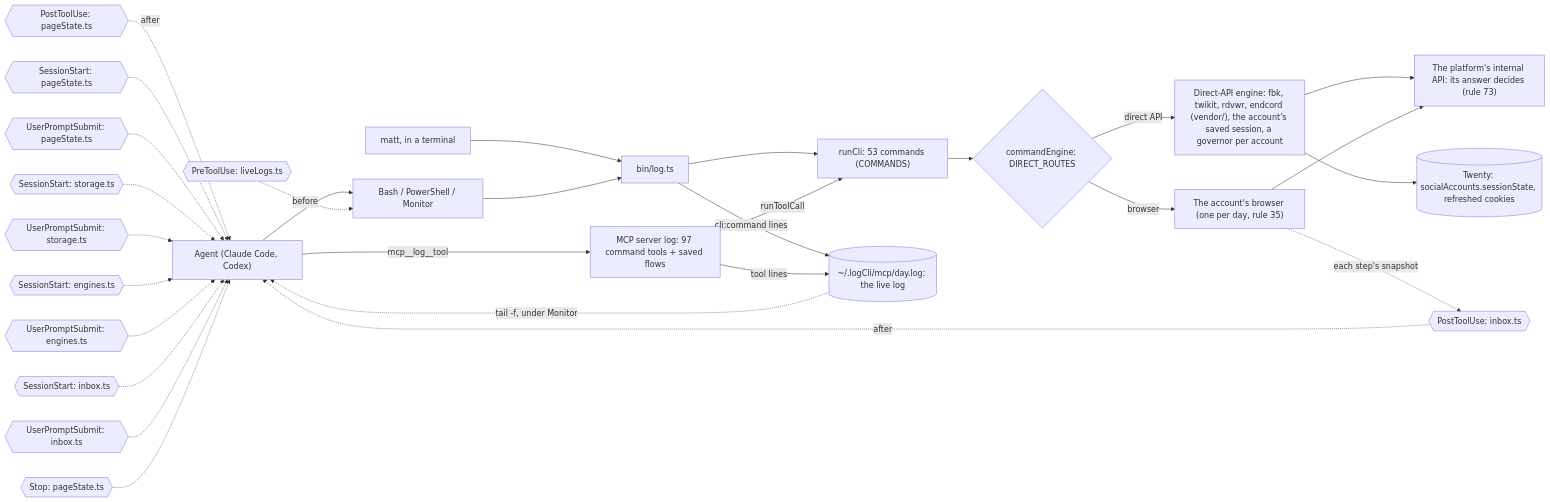
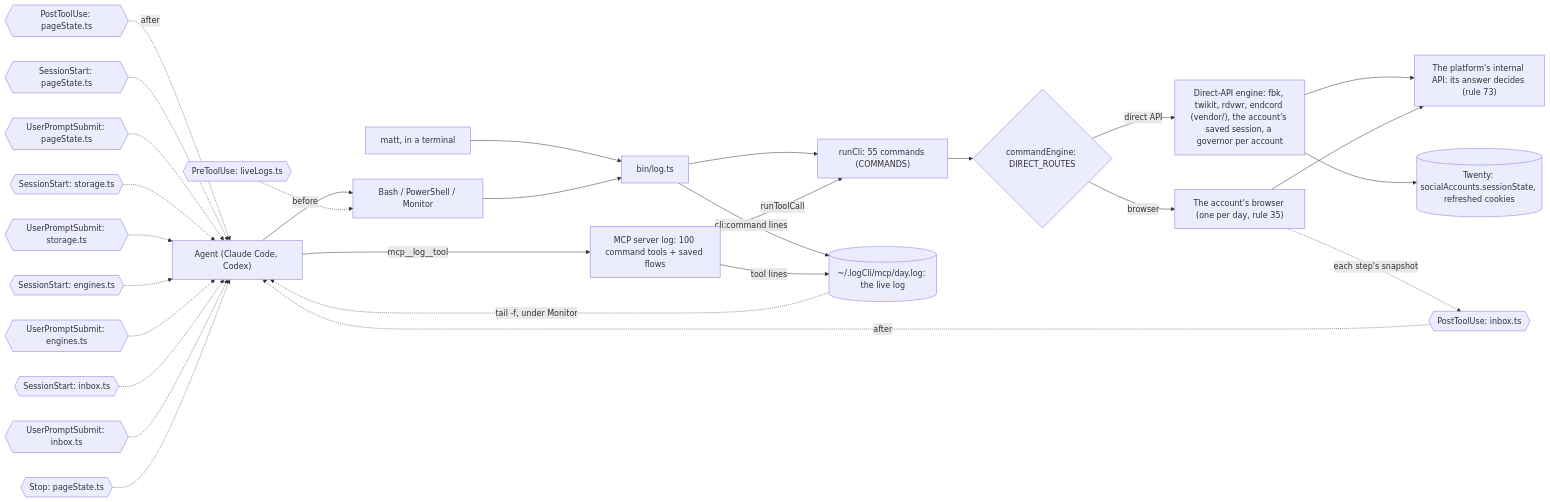
Before and after one commit to matthewdonsemail-lab/log: the diagram in docs/diagrams/surface.mmd, drawn with Mermaid. The commit also changed 10 other files, not shown here.

Commit message:
feat(discord): log discord chats and send, on endcord, each an MCP tool

```diff
--- a/docs/diagrams/surface.mmd
+++ b/docs/diagrams/surface.mmd
@@ -1,43 +1,43 @@
 %% How a call reaches log-cli. From a shell or over MCP, both run the same commands through `runCli`, write the same live log, and pass through the same hooks. `commandEngine` sends each command to the platform's direct API or to the account's browser.
 %% Written by `bun run docs:build` from the code (rule 56). Not edited by hand.
 flowchart LR
   agent["Agent (Claude Code, Codex)"]
   matt["matt, in a terminal"]
   shell["Bash / PowerShell / Monitor"]
-  mcp["MCP server log: 97 command tools + saved flows"]
+  mcp["MCP server log: 100 command tools + saved flows"]
   bin["bin/log.ts"]
-  runCli["runCli: 53 commands (COMMANDS)"]
+  runCli["runCli: 55 commands (COMMANDS)"]
   live[("~/.logCli/mcp/day.log: the live log")]
   engine{"commandEngine: DIRECT_ROUTES"}
   direct["Direct-API engine: fbk, twikit, rdvwr, endcord (vendor/), the account's saved session, a governor per account"]
   browser["The account's browser (one per day, rule 35)"]
   api["The platform's internal API: its answer decides (rule 73)"]
   twenty[("Twenty: socialAccounts.sessionState, refreshed cookies")]
   agent --> shell
   matt --> bin
   shell --> bin
   agent -->|mcp__log__tool| mcp
   bin --> runCli
   mcp -->|runToolCall| runCli
   runCli --> engine
   engine -->|direct API| direct
   engine -->|browser| browser
   direct --> api
   browser --> api
   direct --> twenty
   bin -->|cli:command lines| live
   mcp -->|tool lines| live
   live -.->|tail -f, under Monitor| agent
   pre0{{"PreToolUse: liveLogs.ts"}} -.->|before| shell
   post0{{"PostToolUse: inbox.ts"}} -.->|after| agent
   post1{{"PostToolUse: pageState.ts"}} -.->|after| agent
   turn0{{"SessionStart: pageState.ts"}} -.-> agent
   turn1{{"UserPromptSubmit: pageState.ts"}} -.-> agent
   turn2{{"SessionStart: storage.ts"}} -.-> agent
   turn3{{"UserPromptSubmit: storage.ts"}} -.-> agent
   turn4{{"SessionStart: engines.ts"}} -.-> agent
   turn5{{"UserPromptSubmit: engines.ts"}} -.-> agent
   turn6{{"SessionStart: inbox.ts"}} -.-> agent
   turn7{{"UserPromptSubmit: inbox.ts"}} -.-> agent
   turn8{{"Stop: pageState.ts"}} -.-> agent
   browser -.->|each step's snapshot| post0
```
